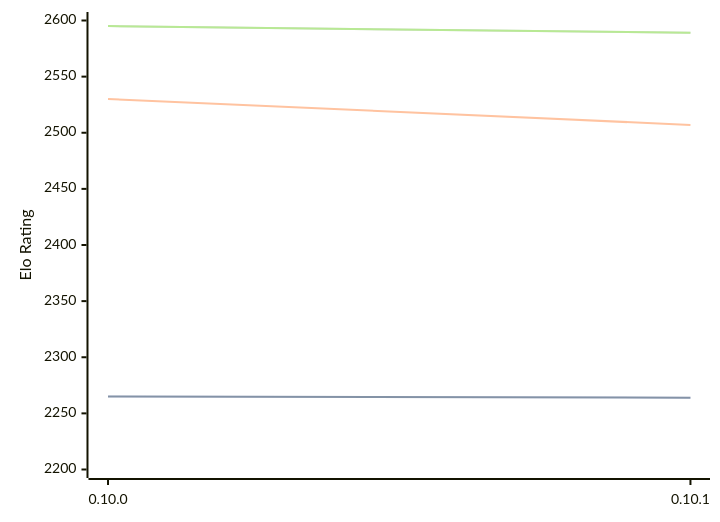
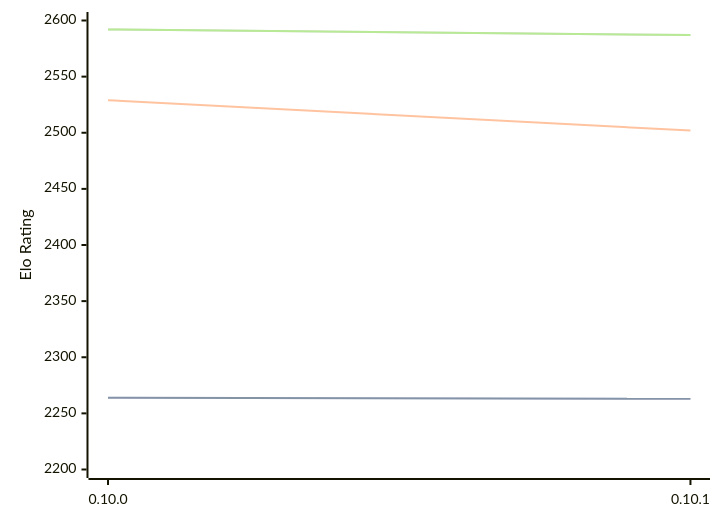
One commit to computer-chess-index/cci changed the diagram in engines/Fatalii.md. Above: the diagram before and after it, drawn with Mermaid. The commit also changed other lines of this file, not shown here.

Commit message:
Update CCI Ratings (ELO VLTC) - 2026-08-12

````diff
--- a/engines/Fatalii.md
+++ b/engines/Fatalii.md
@@ -32,11 +32,11 @@
 ```mermaid
 %%{init: {"theme":"base","themeVariables":{"seriesColors:['#a3a3a3','#222221','#faa371']}}}%%
 xychart-beta
   x-axis ["0.10.0", "0.10.1"]
   y-axis "Elo Rating" 2200 --> 2600
-  line "STC (8.0+0.08s)" [2265, 2264]
-  line "STC (8.0+0.08s)" [2265, 2264]
-  line "LTC (60.0+0.60s)" [2530, 2507]
-  line "VLTC (2m24s+1.12s)" [2595, 2589]
-  line "VLTC (2m24s+1.12s)" [2595, 2589]
+  line "STC (8.0+0.08s)" [2264, 2263]
+  line "STC (8.0+0.08s)" [2264, 2263]
+  line "LTC (60.0+0.60s)" [2529, 2502]
+  line "VLTC (2m24s+1.12s)" [2592, 2587]
+  line "VLTC (2m24s+1.12s)" [2592, 2587]
 ```
````
